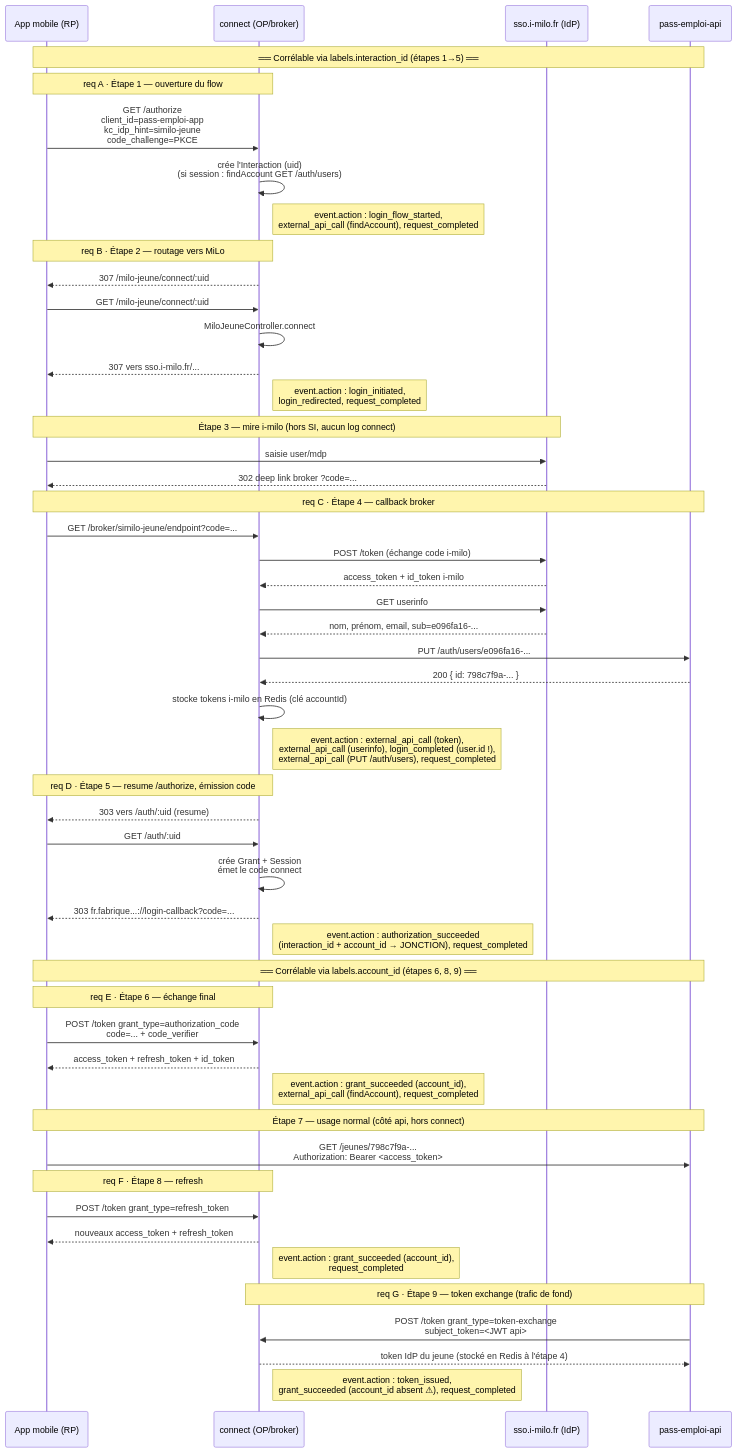
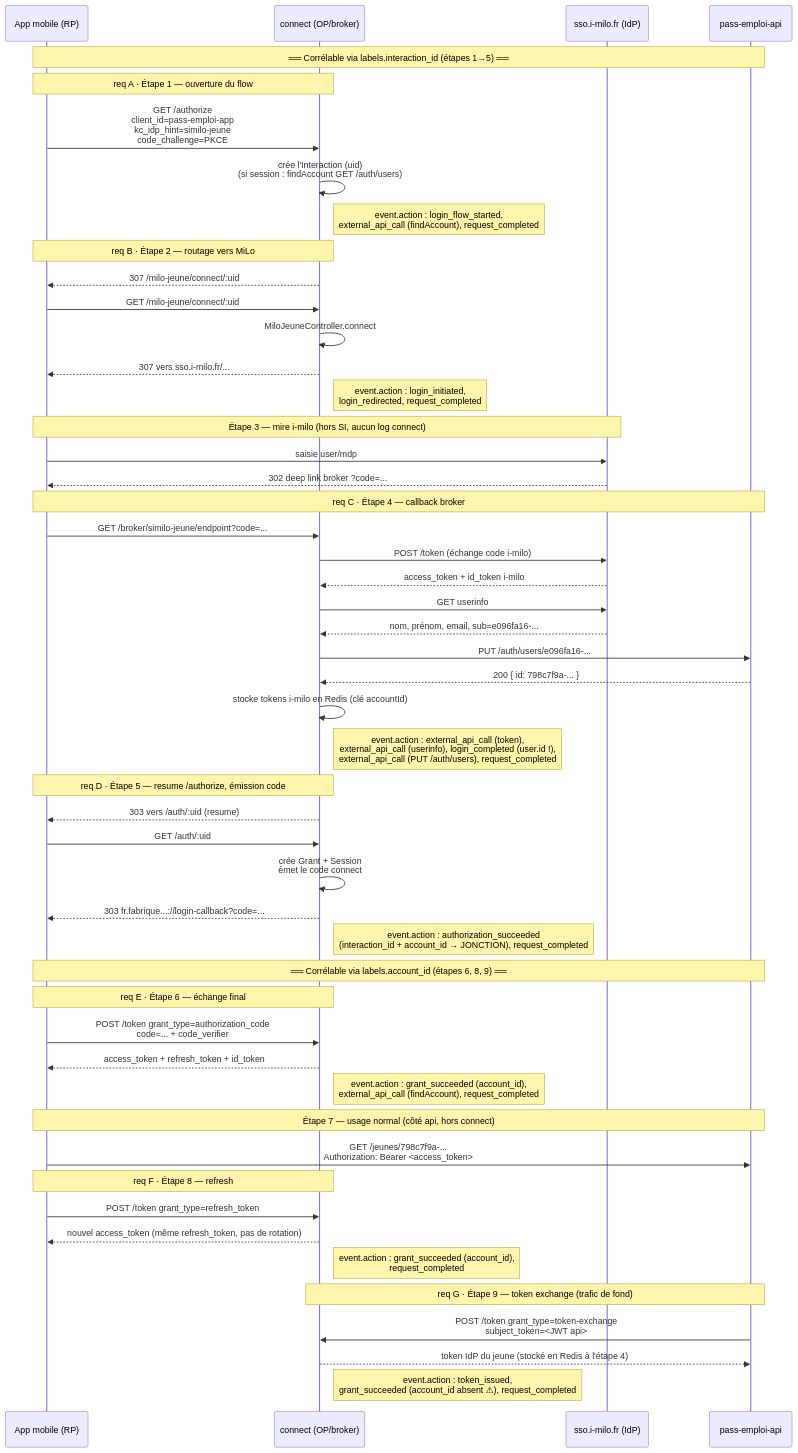
One commit to France-Travail/pass-emploi-connect changed the diagram in docs/flow-authentification.md. Above: the diagram before and after it, drawn with Mermaid. The commit also changed other lines of this file and 2 other files, not shown here.

Commit message:
docs: stockage redis

````diff
--- a/docs/flow-authentification.md
+++ b/docs/flow-authentification.md
@@ -41,63 +42,63 @@
 ```mermaid
 sequenceDiagram
     participant App as App mobile (RP)
     participant Connect as connect (OP/broker)
     participant Milo as sso.i-milo.fr (IdP)
     participant Api as pass-emploi-api
 
     Note over App,Api: ══ Corrélable via labels.interaction_id (étapes 1→5) ══
 
     Note over App,Connect: req A · Étape 1 — ouverture du flow
     App->>Connect: GET /authorize<br/>client_id=pass-emploi-app<br/>kc_idp_hint=similo-jeune<br/>code_challenge=PKCE
     Connect->>Connect: crée l'Interaction (uid)<br/>(si session : findAccount GET /auth/users)
     Note right of Connect: event.action : login_flow_started,<br/>external_api_call (findAccount), request_completed
 
     Note over App,Connect: req B · Étape 2 — routage vers MiLo
     Connect-->>App: 307 /milo-jeune/connect/:uid
     App->>Connect: GET /milo-jeune/connect/:uid
     Connect->>Connect: MiloJeuneController.connect
     Connect-->>App: 307 vers sso.i-milo.fr/...
     Note right of Connect: event.action : login_initiated,<br/>login_redirected, request_completed
 
     Note over App,Milo: Étape 3 — mire i-milo (hors SI, aucun log connect)
     App->>Milo: saisie user/mdp
     Milo-->>App: 302 deep link broker ?code=...
 
     Note over App,Api: req C · Étape 4 — callback broker
     App->>Connect: GET /broker/similo-jeune/endpoint?code=...
     Connect->>Milo: POST /token (échange code i-milo)
     Milo-->>Connect: access_token + id_token i-milo
     Connect->>Milo: GET userinfo
     Milo-->>Connect: nom, prénom, email, sub=e096fa16-...
     Connect->>Api: PUT /auth/users/e096fa16-...
     Api-->>Connect: 200 { id: 798c7f9a-... }
     Connect->>Connect: stocke tokens i-milo en Redis (clé accountId)
     Note right of Connect: event.action : external_api_call (token),<br/>external_api_call (userinfo), login_completed (user.id !),<br/>external_api_call (PUT /auth/users), request_completed
 
     Note over App,Connect: req D · Étape 5 — resume /authorize, émission code
     Connect-->>App: 303 vers /auth/:uid (resume)
     App->>Connect: GET /auth/:uid
     Connect->>Connect: crée Grant + Session<br/>émet le code connect
     Connect-->>App: 303 fr.fabrique...://login-callback?code=...
     Note right of Connect: event.action : authorization_succeeded<br/>(interaction_id + account_id → JONCTION), request_completed
 
     Note over App,Api: ══ Corrélable via labels.account_id (étapes 6, 8, 9) ══
 
     Note over App,Connect: req E · Étape 6 — échange final
     App->>Connect: POST /token grant_type=authorization_code<br/>code=... + code_verifier
     Connect-->>App: access_token + refresh_token + id_token
     Note right of Connect: event.action : grant_succeeded (account_id),<br/>external_api_call (findAccount), request_completed
 
     Note over App,Api: Étape 7 — usage normal (côté api, hors connect)
     App->>Api: GET /jeunes/798c7f9a-...<br/>Authorization: Bearer <access_token>
 
     Note over App,Connect: req F · Étape 8 — refresh
     App->>Connect: POST /token grant_type=refresh_token
-    Connect-->>App: nouveaux access_token + refresh_token
+    Connect-->>App: nouvel access_token (même refresh_token, pas de rotation)
     Note right of Connect: event.action : grant_succeeded (account_id),<br/>request_completed
 
     Note over Api,Connect: req G · Étape 9 — token exchange (trafic de fond)
     Api->>Connect: POST /token grant_type=token-exchange<br/>subject_token=<JWT api>
     Connect-->>Api: token IdP du jeune (stocké en Redis à l'étape 4)
     Note right of Connect: event.action : token_issued,<br/>grant_succeeded (account_id absent ⚠), request_completed
 ```
````
